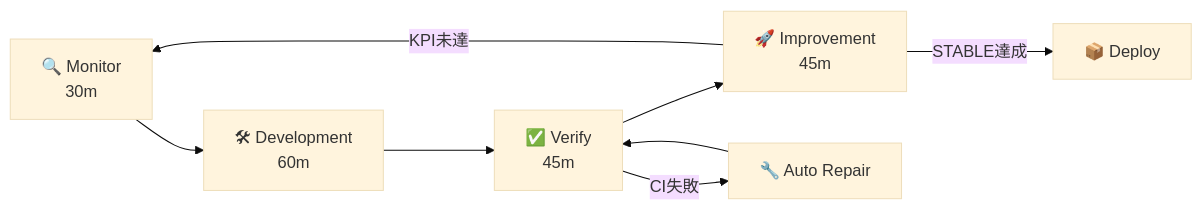
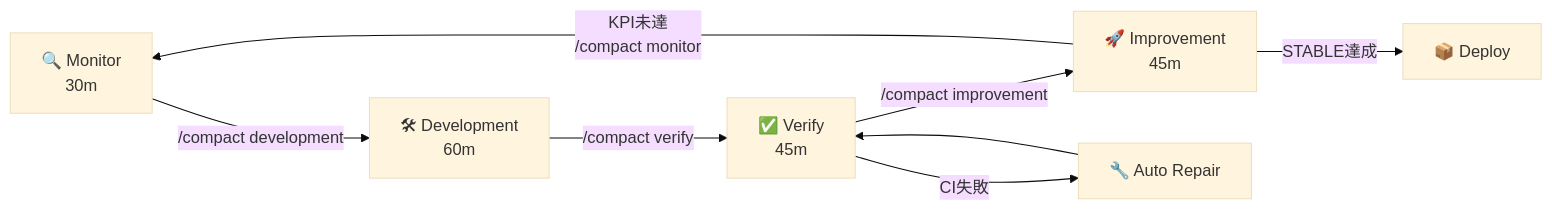
Before and after one commit to Kensan196948G/ClaudeCLI-CodexCLI-CopilotCLI-StartUpTools-New: the fifth of 5 diagrams in README.md, drawn with Mermaid (base theme). The commit also changed other lines of this file, not shown here.

First line of the commit message:
docs(readme): v8.1 /compact フェーズ遷移標準化を反映 (#139)

````diff
--- a/README.md
+++ b/README.md
@@ -329,10 +341,10 @@
 ```mermaid
 flowchart LR
-    M["🔍 Monitor<br/>30m"] --> B["🛠 Development<br/>60m"]
-    B --> V["✅ Verify<br/>45m"]
-    V --> I["🚀 Improvement<br/>45m"]
-    I -->|KPI未達| M
+    M["🔍 Monitor<br/>30m"] -->|"/compact development"| B["🛠 Development<br/>60m"]
+    B -->|"/compact verify"| V["✅ Verify<br/>45m"]
+    V -->|"/compact improvement"| I["🚀 Improvement<br/>45m"]
+    I -->|"KPI未達<br/>/compact monitor"| M
     I -->|STABLE達成| S["📦 Deploy"]
     V -->|CI失敗| R["🔧 Auto Repair"]
     R --> V
 ```
````
